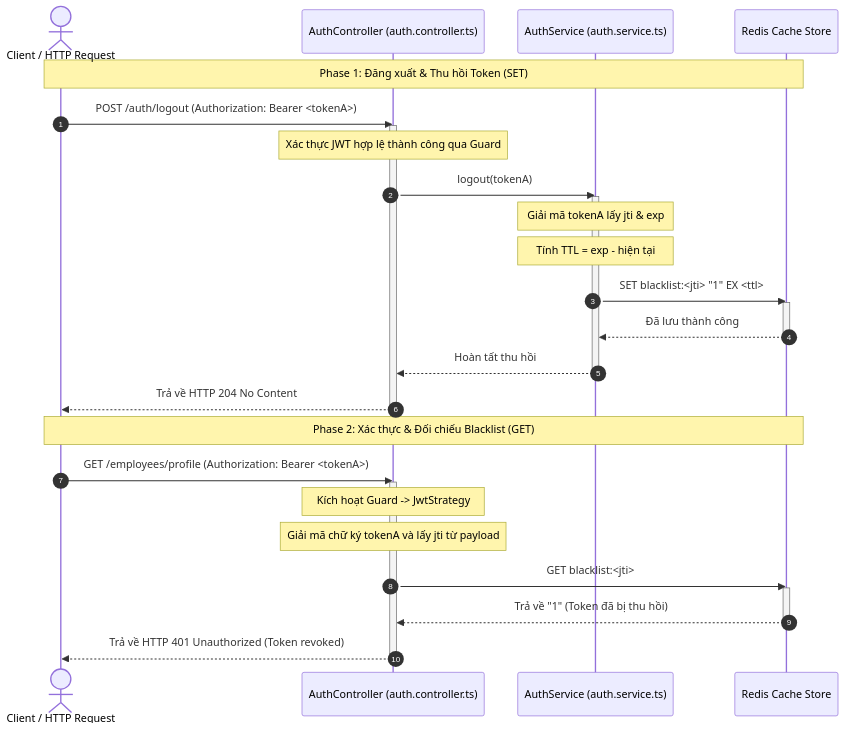
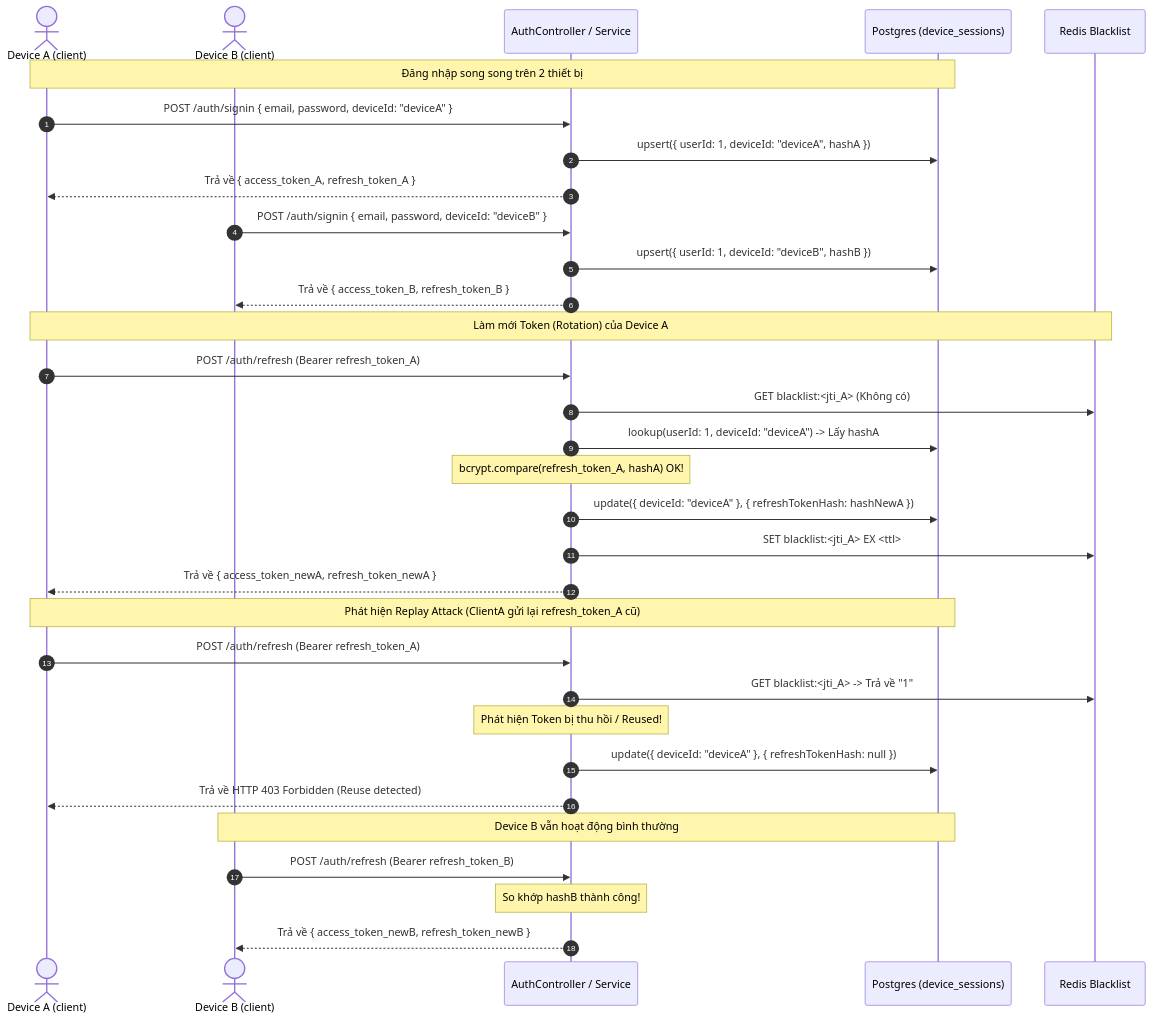
The diagram in README.md (emnghiaproplayers/employee-jwt-auth), drawn with Mermaid before and after one commit. The commit also changed other lines of this file and 3 other files, not shown here.

Commit message:
fix: refine column types, separate HTTP status codes on strategy, add redis checks, and update README

````diff
--- a/README.md
+++ b/README.md
@@ -64,37 +57,39 @@
 ```mermaid
 sequenceDiagram
     autonumber
-    actor Client as Client / HTTP Request
-    participant Controller as AuthController (auth.controller.ts)
-    participant Service as AuthService (auth.service.ts)
-    participant Redis as Redis Cache Store
+    actor ClientA as Device A (client)
+    actor ClientB as Device B (client)
+    participant Auth as AuthController / Service
+    participant DB as Postgres (device_sessions)
+    participant Redis as Redis Blacklist
 
-    Note over Client, Redis: Phase 1: Đăng xuất & Thu hồi Token (SET)
-    Client->>Controller: POST /auth/logout (Authorization: Bearer <tokenA>)
-    activate Controller
-    Note over Controller: Xác thực JWT hợp lệ thành công qua Guard
-    Controller->>Service: logout(tokenA)
-    activate Service
-    Note over Service: Giải mã tokenA lấy jti & exp
-    Note over Service: Tính TTL = exp - hiện tại
-    Service->>Redis: SET blacklist:<jti> "1" EX <ttl>
-    activate Redis
-    Redis-->>Service: Đã lưu thành công
-    deactivate Redis
-    Service-->>Controller: Hoàn tất thu hồi
-    deactivate Service
-    Controller-->>Client: Trả về HTTP 204 No Content
-    deactivate Controller
+    Note over ClientA, DB: Đăng nhập song song trên 2 thiết bị
+    ClientA->>Auth: POST /auth/signin { email, password, deviceId: "deviceA" }
+    Auth->>DB: upsert({ userId: 1, deviceId: "deviceA", hashA })
+    Auth-->>ClientA: Trả về { access_token_A, refresh_token_A }
+    
+    ClientB->>Auth: POST /auth/signin { email, password, deviceId: "deviceB" }
+    Auth->>DB: upsert({ userId: 1, deviceId: "deviceB", hashB })
+    Auth-->>ClientB: Trả về { access_token_B, refresh_token_B }
 
-    Note over Client, Redis: Phase 2: Xác thực & Đối chiếu Blacklist (GET)
-    Client->>Controller: GET /employees/profile (Authorization: Bearer <tokenA>)
-    activate Controller
-    Note over Controller: Kích hoạt Guard -> JwtStrategy
-    Note over Controller: Giải mã chữ ký tokenA và lấy jti từ payload
-    Controller->>Redis: GET blacklist:<jti>
-    activate Redis
-    Redis-->>Controller: Trả về "1" (Token đã bị thu hồi)
-    deactivate Redis
-    Controller-->>Client: Trả về HTTP 401 Unauthorized (Token revoked)
-    deactivate Controller
+    Note over ClientA, Redis: Làm mới Token (Rotation) của Device A
+    ClientA->>Auth: POST /auth/refresh (Bearer refresh_token_A)
+    Auth->>Redis: GET blacklist:<jti_A> (Không có)
+    Auth->>DB: lookup(userId: 1, deviceId: "deviceA") -> Lấy hashA
+    Note over Auth: bcrypt.compare(refresh_token_A, hashA) OK!
+    Auth->>DB: update({ deviceId: "deviceA" }, { refreshTokenHash: hashNewA })
+    Auth->>Redis: SET blacklist:<jti_A> EX <ttl>
+    Auth-->>ClientA: Trả về { access_token_newA, refresh_token_newA }
+
+    Note over ClientA, DB: Phát hiện Replay Attack (ClientA gửi lại refresh_token_A cũ)
+    ClientA->>Auth: POST /auth/refresh (Bearer refresh_token_A)
+    Auth->>Redis: GET blacklist:<jti_A> -> Trả về "1"
+    Note over Auth: Phát hiện Token bị thu hồi / Reused!
+    Auth->>DB: update({ deviceId: "deviceA" }, { refreshTokenHash: null })
+    Auth-->>ClientA: Trả về HTTP 403 Forbidden (Reuse detected)
+
+    Note over ClientB, DB: Device B vẫn hoạt động bình thường
+    ClientB->>Auth: POST /auth/refresh (Bearer refresh_token_B)
+    Note over Auth: So khớp hashB thành công!
+    Auth-->>ClientB: Trả về { access_token_newB, refresh_token_newB }
 ```
````
